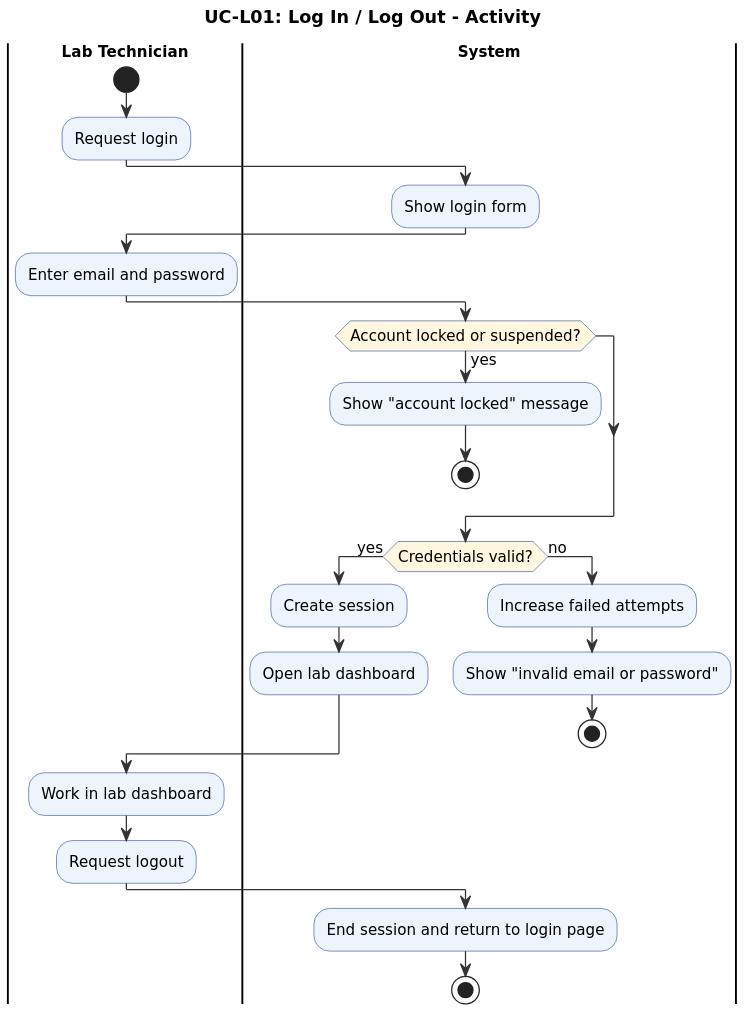
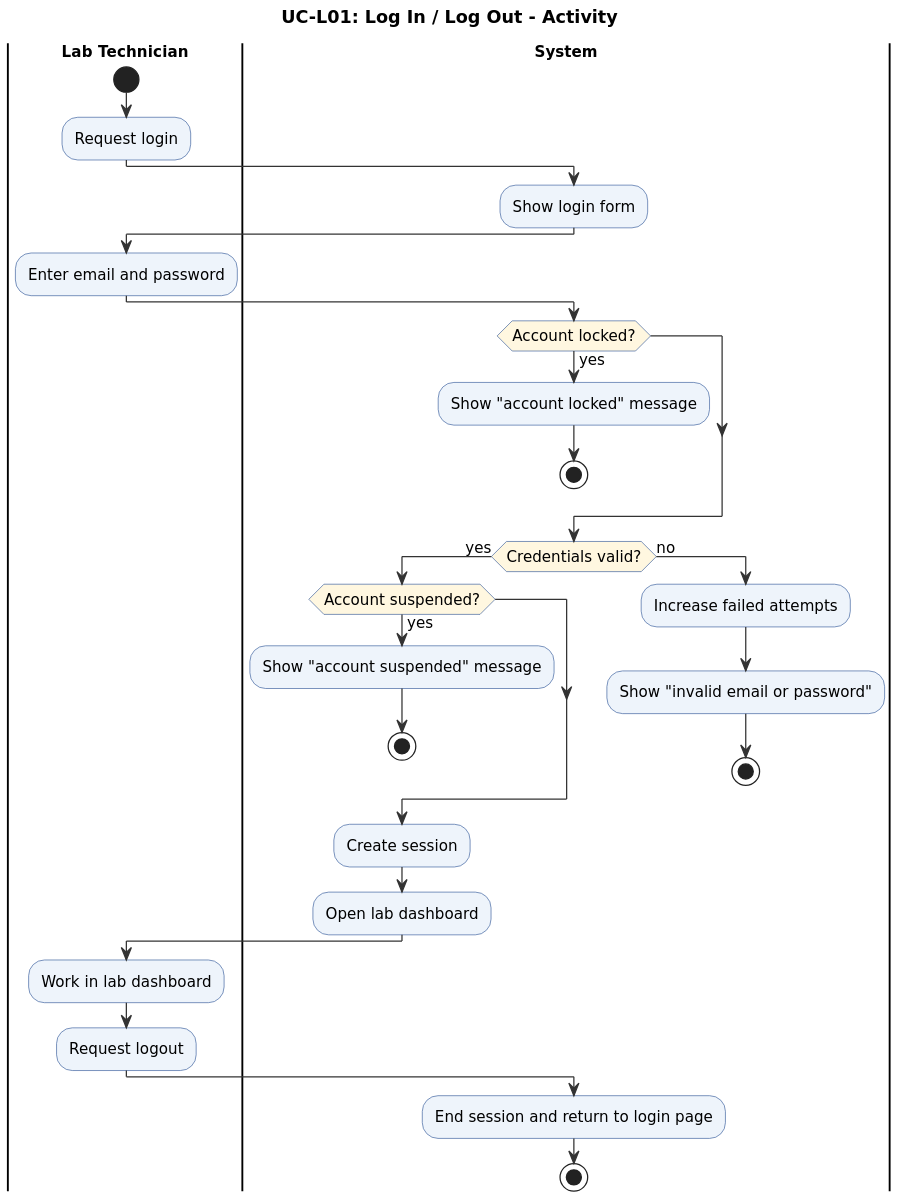
The diagram in docs/diagrams/UC-L01_act.puml (aymansl/HCMS), drawn with PlantUML before and after one commit. The commit also changed 25 other files, not shown here.

```diff
--- a/docs/diagrams/UC-L01_act.puml
+++ b/docs/diagrams/UC-L01_act.puml
@@ -1,46 +1,50 @@
 @startuml
 skinparam dpi 170
 skinparam shadowing false
 skinparam defaultFontName DejaVu Sans
 skinparam defaultFontSize 12
 skinparam ArrowColor #333333
 skinparam ActivityBackgroundColor #EEF4FB
 skinparam ActivityBorderColor #2F5597
 skinparam ActivityDiamondBackgroundColor #FFF7E0
 skinparam SwimlaneTitleFontStyle bold
 skinparam ParticipantBackgroundColor #EEF4FB
 skinparam ParticipantBorderColor #2F5597
 skinparam SequenceLifeLineBorderColor #888888
 skinparam UsecaseBackgroundColor #EEF4FB
 skinparam UsecaseBorderColor #2F5597
 skinparam ActorBorderColor #2F5597
 skinparam DatabaseBackgroundColor #EEF4FB
 skinparam SequenceGroupHeaderFontStyle bold
 title UC-L01: Log In / Log Out - Activity
 |Lab Technician|
 start
 :Request login;
 |System|
 :Show login form;
 |Lab Technician|
 :Enter email and password;
 |System|
-if (Account locked or suspended?) then (yes)
+if (Account locked?) then (yes)
   :Show "account locked" message;
   stop
 endif
 if (Credentials valid?) then (yes)
+  if (Account suspended?) then (yes)
+    :Show "account suspended" message;
+    stop
+  endif
   :Create session;
   :Open lab dashboard;
 else (no)
   :Increase failed attempts;
   :Show "invalid email or password";
   stop
 endif
 |Lab Technician|
 :Work in lab dashboard;
 :Request logout;
 |System|
 :End session and return to login page;
 stop
 @enduml
```
